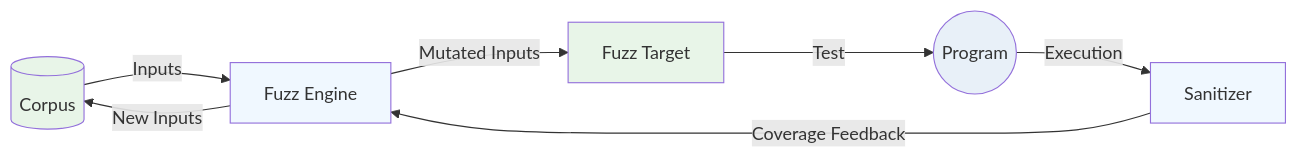
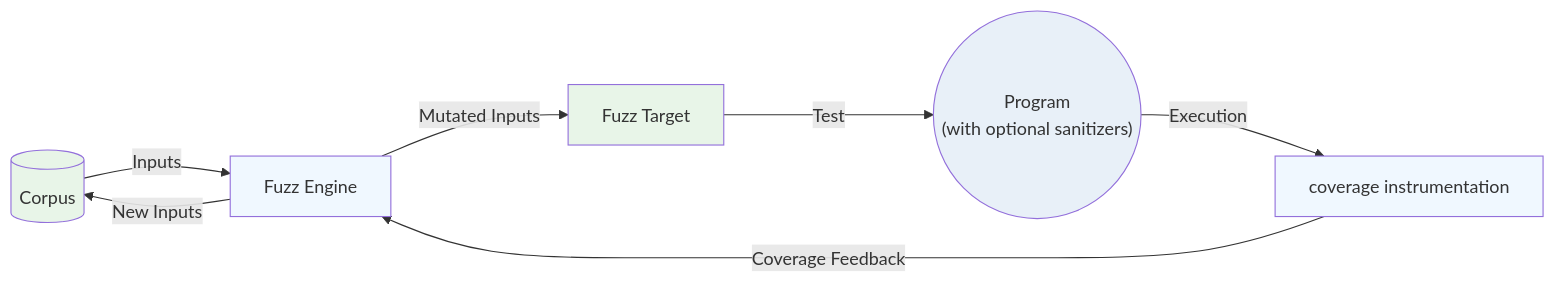
The first of 2 diagrams in slides.md (erickcestari/differential-fuzzing-slides-btcplusplus), drawn with Mermaid before and after one commit. The commit also changed other lines of this file, not shown here.

````diff
--- a/slides.md
+++ b/slides.md
@@ -185,16 +185,17 @@
 ```mermaid
 graph LR
     A[(Corpus)] --> |Inputs| B[Fuzz Engine]
     B --> |Mutated Inputs| C[Fuzz Target]
-    C --> |Test| D((Program))
-    D --> |Execution| E[Sanitizer]
+    C --> |Test| D(("Program 
+    (with optional sanitizers)"))
+    D --> |Execution| E[coverage instrumentation]
     
     B --> |New Inputs| A
     E --> |Coverage Feedback| B
 
     style A fill:#e8f5e8
     style B fill:#f0f8ff
     style C fill:#e8f5e8
     style D fill:#e8f0f8
     style E fill:#f0f8ff
 ```
````
